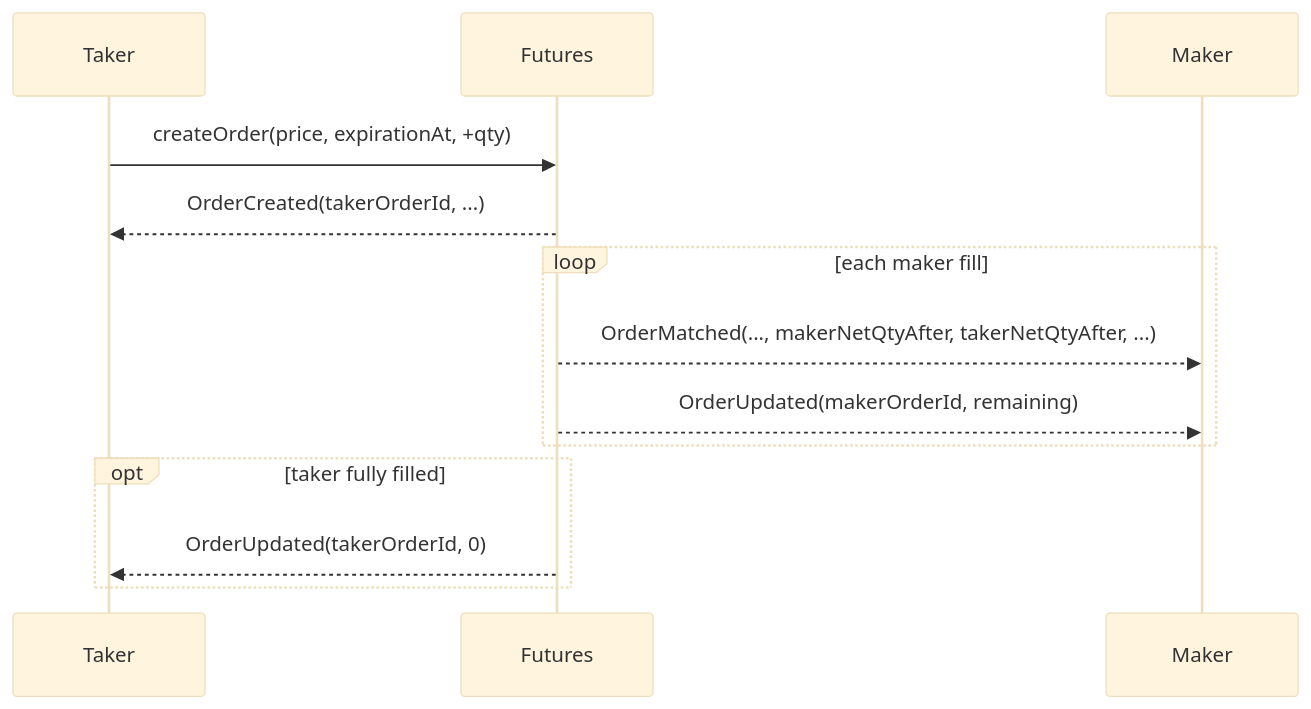
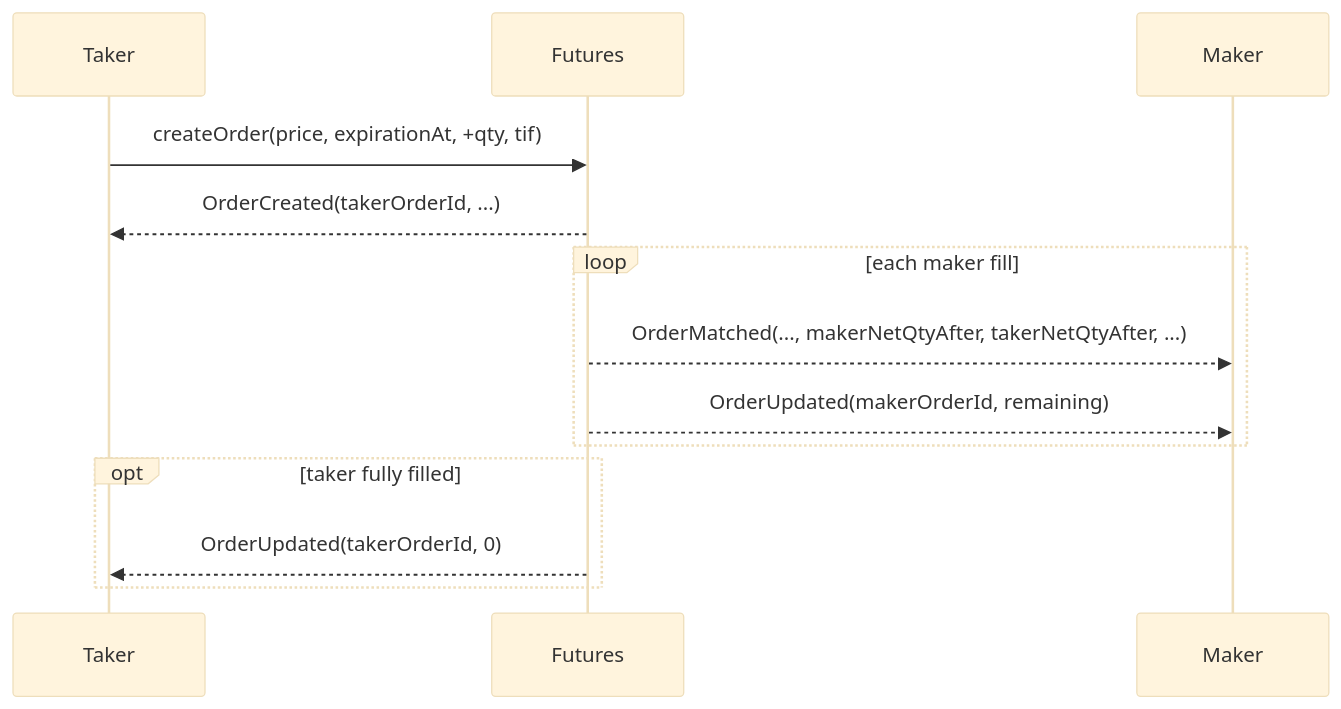
One commit to Lumerin-protocol/futures-marketplace changed the diagram in docs/06.Event-Desing-Spec.md. Above: the diagram before and after it, drawn with Mermaid (base theme). The commit also changed other lines of this file and 69 other files, not shown here.

First line of the commit message:
refactor: split Futures into base/admin layers, modernize the order API

````diff
--- a/docs/06.Event-Desing-Spec.md
+++ b/docs/06.Event-Desing-Spec.md
@@ -170,16 +170,16 @@
 ```mermaid
 sequenceDiagram
   participant Taker
   participant Futures
   participant Maker
 
-  Taker->>Futures: createOrder(price, expirationAt, +qty)
+  Taker->>Futures: createOrder(price, expirationAt, +qty, tif)
   Futures-->>Taker: OrderCreated(takerOrderId, ...)
   loop each maker fill
     Futures-->>Maker: OrderMatched(..., makerNetQtyAfter, takerNetQtyAfter, ...)
     Futures-->>Maker: OrderUpdated(makerOrderId, remaining)
   end
   opt taker fully filled
     Futures-->>Taker: OrderUpdated(takerOrderId, 0)
   end
 ```
````
